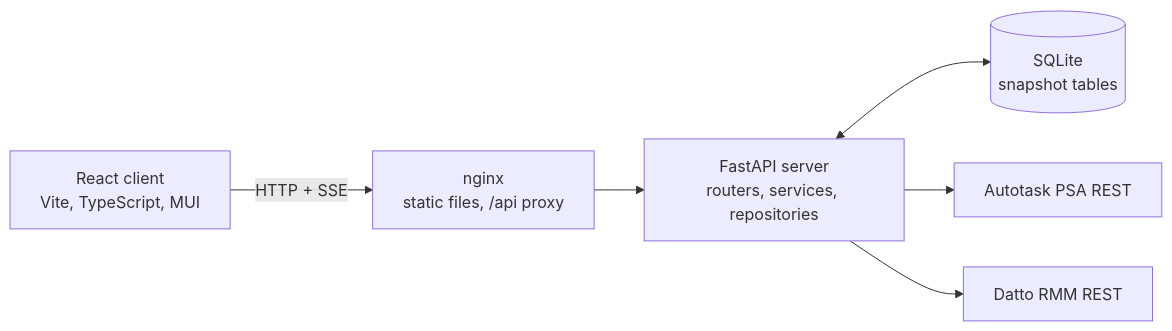
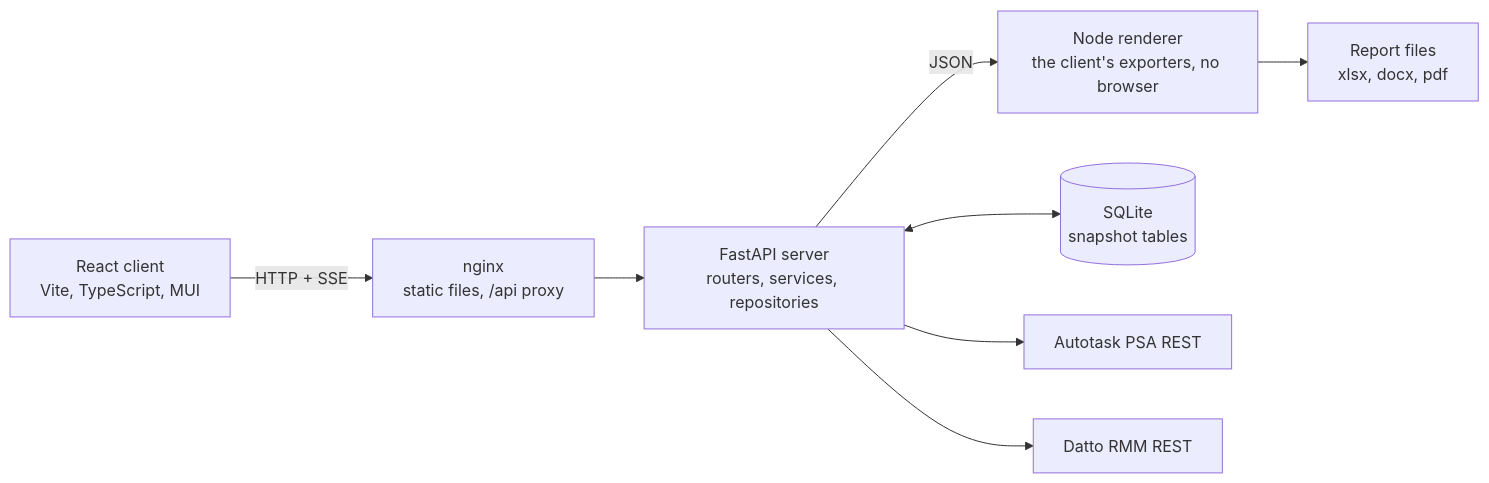
Before and after one commit to B-Howell/Autotask-Datto-Reporting: the diagram in README.md, drawn with Mermaid. The commit also changed other lines of this file and 8 other files, not shown here.

````diff
--- a/README.md
+++ b/README.md
@@ -57,13 +57,16 @@
 ```mermaid
 flowchart LR
     Browser["React client<br/>Vite, TypeScript, MUI"]
     Nginx["nginx<br/>static files, /api proxy"]
     API["FastAPI server<br/>routers, services, repositories"]
+    Renderer["Node renderer<br/>the client's exporters, no browser"]
+    Files["Report files<br/>xlsx, docx, pdf"]
     DB[("SQLite<br/>snapshot tables")]
     AT["Autotask PSA REST"]
     DT["Datto RMM REST"]
     Browser -- "HTTP + SSE" --> Nginx --> API
+    API -- "JSON" --> Renderer --> Files
     API <--> DB
     API --> AT
     API --> DT
 ```
````
